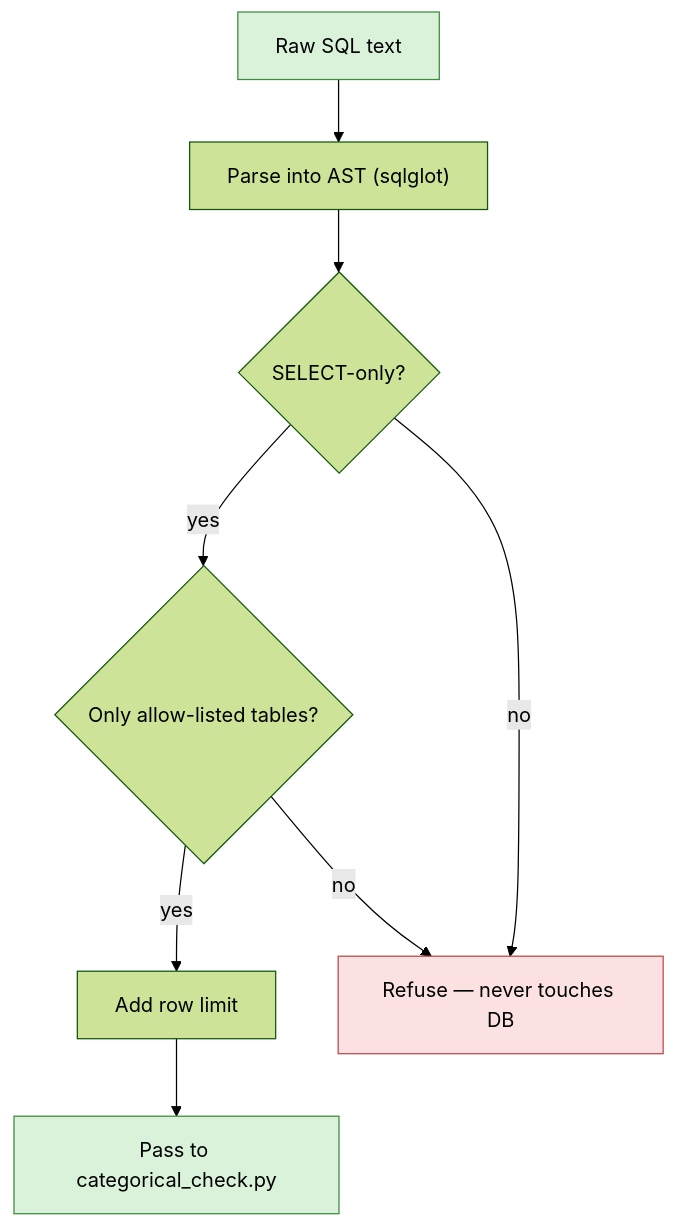
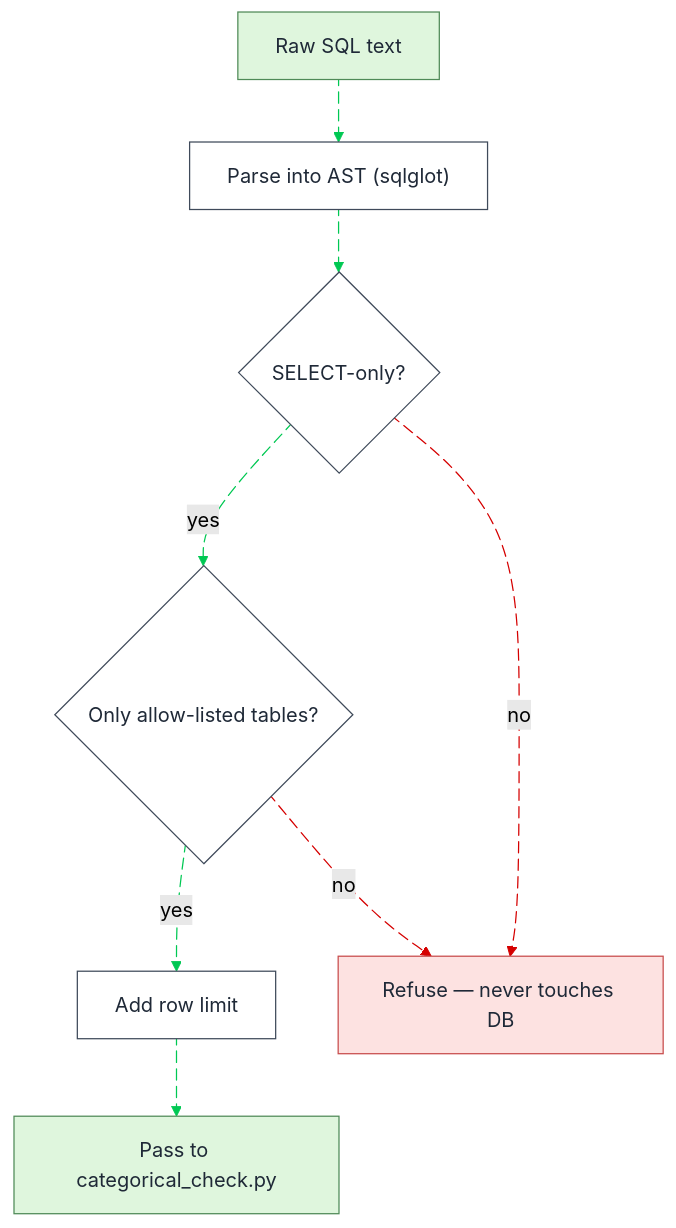
The fifth of 10 diagrams in Flowcharts_Mermaid_Source.md (Yuvrajtakk/logistics_chatbot), drawn with Mermaid (forest theme) before and after one commit. The commit also changed other lines of this file and 2 other files, not shown here.

````diff
--- a/Flowcharts_Mermaid_Source.md
+++ b/Flowcharts_Mermaid_Source.md
@@ -81,20 +148,38 @@
 ```mermaid
 flowchart TD
     In["Raw SQL text"]:::good
     P["Parse into AST (sqlglot)"]
     D1{"SELECT-only?"}
     D2{"Only allow-listed tables?"}
     Cap["Add row limit"]
     Pass["Pass to categorical_check.py"]:::good
     Block["Refuse — never touches DB"]:::bad
 
-    In --> P --> D1
-    D1 -->|yes| D2
-    D1 -->|no| Block
-    D2 -->|yes| Cap
-    D2 -->|no| Block
-    Cap --> Pass
+    In L_In_P_0@--> P
+    P L_P_D1_0@--> D1
+    D1 L_D1_D2_0@-->|yes| D2
+    D1 L_D1_Block_0@-->|no| Block
+    D2 L_D2_Cap_0@-->|yes| Cap
+    D2 L_D2_Block_0@-->|no| Block
+    Cap L_Cap_Pass_0@--> Pass
 
-    classDef good fill:#D9F2D9,stroke:#3C8A3C
-    classDef bad fill:#FBE1E1,stroke:#B84A4A
+    classDef default fill:#FFFFFF,stroke:#3F4A5A,color:#1F2937
+    classDef good fill:#DFF6DD,stroke:#4F8A57,color:#1F2937
+    classDef bad fill:#FDE2E1,stroke:#C84C4C,color:#1F2937
+
+    linkStyle 0 stroke:#00C853,fill:none
+    linkStyle 1 stroke:#00C853,fill:none
+    linkStyle 2 stroke:#00C853,fill:none
+    linkStyle 3 stroke:#D50000,fill:none
+    linkStyle 4 stroke:#00C853,fill:none
+    linkStyle 5 stroke:#D50000,fill:none
+    linkStyle 6 stroke:#00C853,fill:none
+
+    L_In_P_0@{ animation: slow }
+    L_P_D1_0@{ animation: slow }
+    L_D1_D2_0@{ animation: slow }
+    L_D1_Block_0@{ animation: slow }
+    L_D2_Cap_0@{ animation: slow }
+    L_D2_Block_0@{ animation: slow }
+    L_Cap_Pass_0@{ animation: slow }
 ```
````
